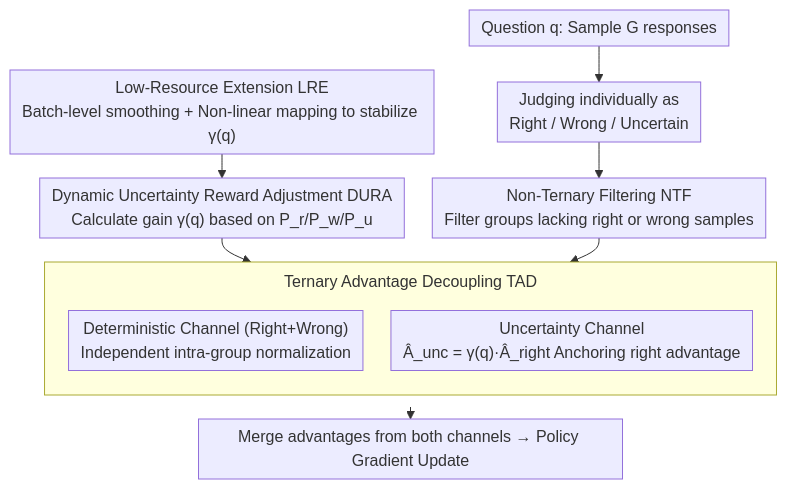
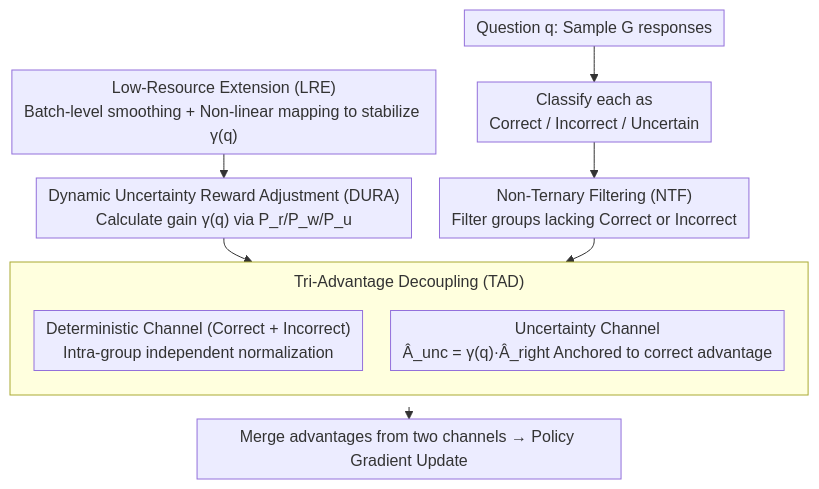
The diagram in docs/ICML2026/llm_reasoning/ucpo_uncertainty-aware_policy_optimization.md (zhaoyang97/Paper-Notes-en), drawn with Mermaid before and after one commit. The commit also changed other lines of this file and 5084 other files, not shown here.

````diff
--- a/docs/ICML2026/llm_reasoning/ucpo_uncertainty-aware_policy_optimization.md
+++ b/docs/ICML2026/llm_reasoning/ucpo_uncertainty-aware_policy_optimization.md
@@ -43,15 +43,15 @@
 ```mermaid
 %%{init: {'flowchart': {'rankSpacing': 24, 'nodeSpacing': 28, 'padding': 6, 'wrappingWidth': 400, 'subGraphTitleMargin': {'top': 8, 'bottom': 16}}}}%%
 flowchart TD
-    A["Question q: Sample G responses"] --> B["Judging individually as<br/>Right / Wrong / Uncertain"]
-    B --> C["Non-Ternary Filtering NTF<br/>Filter groups lacking right or wrong samples"]
+    A["Question q: Sample G responses"] --> B["Classify each as<br/>Correct / Incorrect / Uncertain"]
+    B --> C["Non-Ternary Filtering (NTF)<br/>Filter groups lacking Correct or Incorrect"]
     C --> TAD
-    subgraph TAD["Ternary Advantage Decoupling TAD"]
+    subgraph TAD["Tri-Advantage Decoupling (TAD)"]
         direction TB
-        D["Deterministic Channel (Right+Wrong)<br/>Independent intra-group normalization"]
-        E["Uncertainty Channel<br/>Â_unc = γ(q)·Â_right Anchoring right advantage"]
+        D["Deterministic Channel (Correct + Incorrect)<br/>Intra-group independent normalization"]
+        E["Uncertainty Channel<br/>Â_unc = γ(q)·Â_right Anchored to correct advantage"]
     end
-    G["Low-Resource Extension LRE<br/>Batch-level smoothing + Non-linear mapping to stabilize γ(q)"] --> F["Dynamic Uncertainty Reward Adjustment DURA<br/>Calculate gain γ(q) based on P_r/P_w/P_u"]
+    G["Low-Resource Extension (LRE)<br/>Batch-level smoothing + Non-linear mapping to stabilize γ(q)"] --> F["Dynamic Uncertainty Reward Adjustment (DURA)<br/>Calculate gain γ(q) via P_r/P_w/P_u"]
     F --> E
-    TAD --> H["Merge advantages from both channels → Policy Gradient Update"]
+    TAD --> H["Merge advantages from two channels → Policy Gradient Update"]
 ```
````
